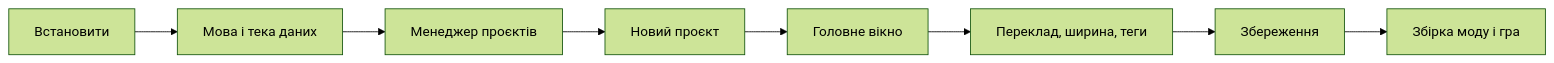
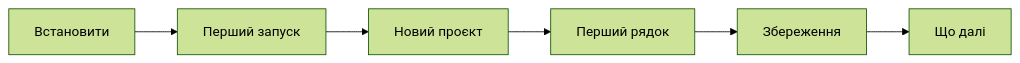
The diagram in docs/wiki/uk/0_Getting_Started.md (rashevskyv/Picoripi), drawn with Mermaid (forest theme) before and after one commit. The commit also changed other lines of this file and 54 other files, not shown here.

````diff
--- a/docs/wiki/uk/0_Getting_Started.md
+++ b/docs/wiki/uk/0_Getting_Started.md
@@ -15,10 +14,8 @@
 ```mermaid
 flowchart LR
-  A[Встановити] --> B[Мова і тека даних]
-  B --> C[Менеджер проєктів]
-  C --> D[Новий проєкт]
-  D --> E[Головне вікно]
-  E --> F[Переклад, ширина, теги]
-  F --> G[Збереження]
-  G --> H[Збірка моду і гра]
+  A[Встановити] --> B[Перший запуск]
+  B --> C[Новий проєкт]
+  C --> D[Перший рядок]
+  D --> E[Збереження]
+  E --> F[Що далі]
 ```
````
